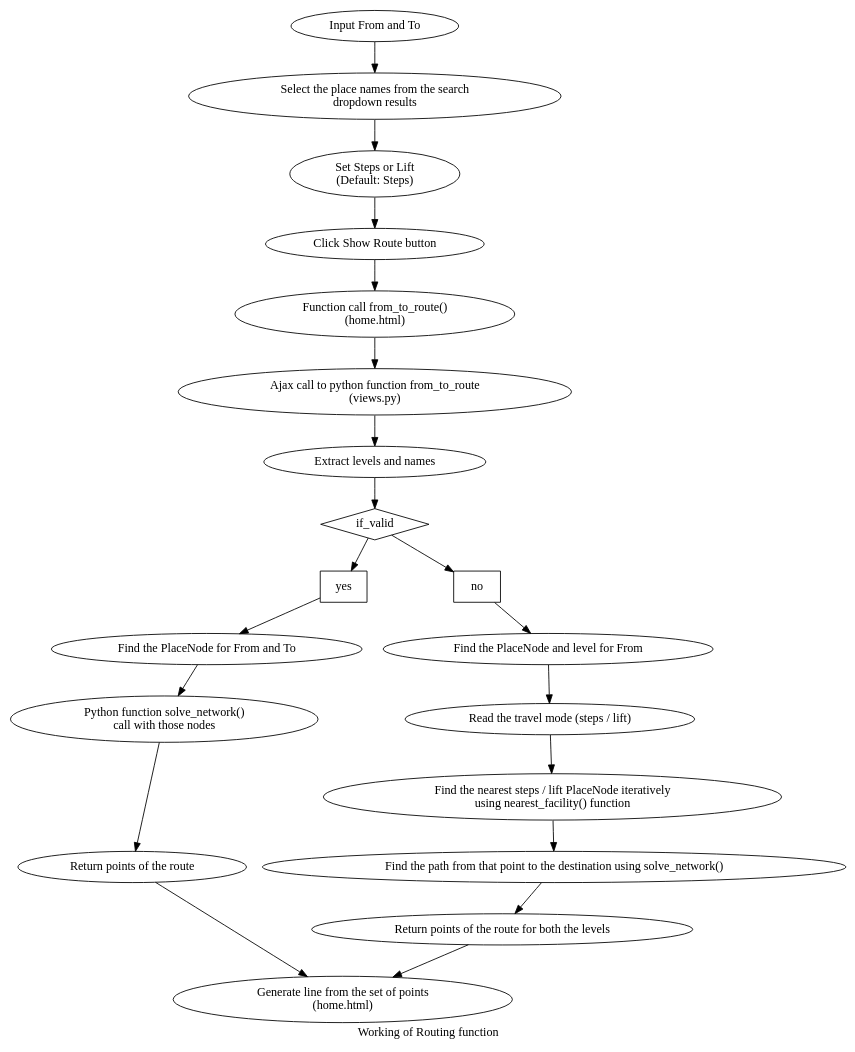
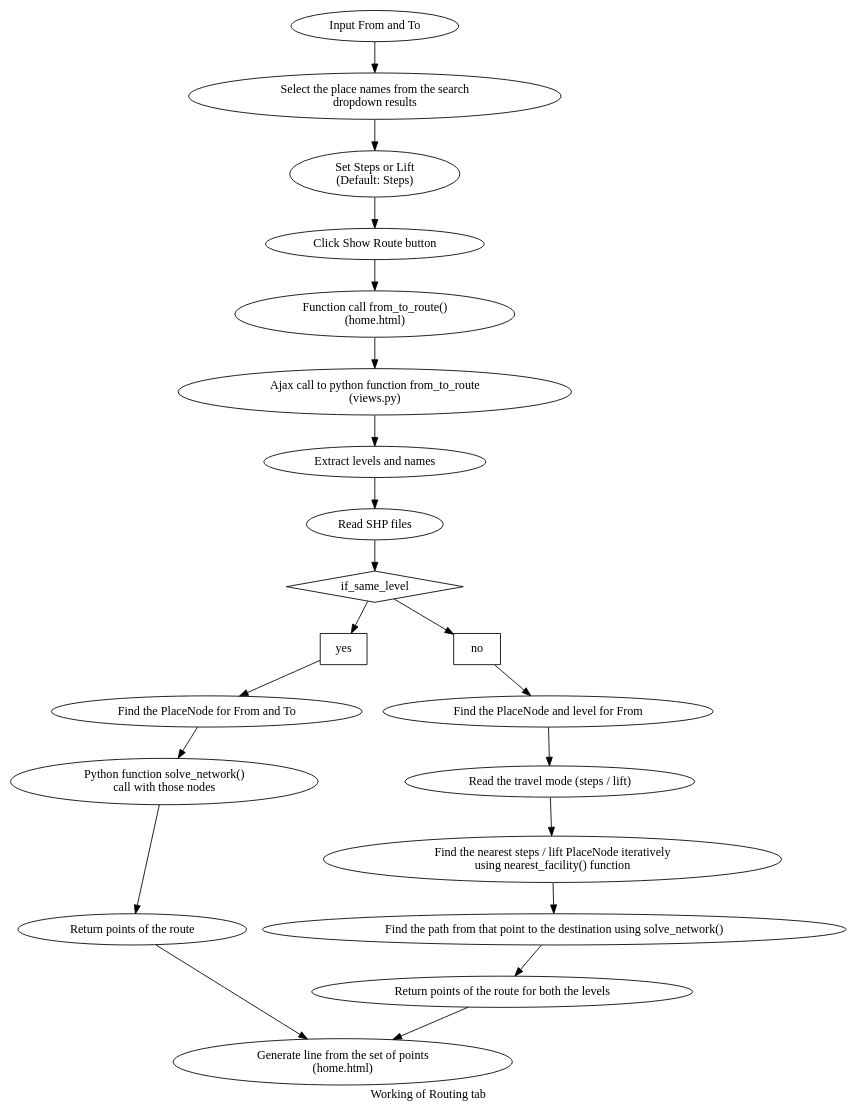
One commit to VaasuDevanS/indoorGIS changed the diagram in docs/source/6.Routing.rst. Above: the diagram before and after it, drawn with Graphviz. The commit also changed other lines of this file and 121 other files, not shown here.

```diff
--- a/docs/source/6.Routing.rst
+++ b/docs/source/6.Routing.rst
@@ -4,34 +4,35 @@
 .. graphviz::
 
    digraph {
     
-      label="Working of Routing function";
-      if_valid[shape="diamond", style=""];
+      label="Working of Routing tab";
+      if_same_level[shape="diamond", style=""];
       yes[shape="box", label="yes"];
       no[shape="box", label="no"]
 
         
       "Input From and To" ->
       "Select the place names from the search \ndropdown results" ->
       "Set Steps or Lift \n(Default: Steps)" ->
       "Click Show Route button" ->
       "Function call from_to_route() \n(home.html)" ->
       "Ajax call to python function from_to_route \n(views.py)" ->
       "Extract levels and names" ->
-      if_valid -> yes;
-      if_valid -> no;
+      "Read SHP files" ->
+      if_same_level -> yes;
+      if_same_level -> no;
       
       yes -> "Find the PlaceNode for From and To" ->
              "Python function solve_network() \ncall with those nodes" ->
              "Return points of the route" ->
              "Generate line from the set of points \n(home.html)"
       ;
       
       no -> "Find the PlaceNode and level for From" ->
             "Read the travel mode (steps / lift)" ->
             "Find the nearest steps / lift PlaceNode iteratively \nusing nearest_facility() function" ->
             "Find the path from that point to the destination using solve_network()" ->
             "Return points of the route for both the levels" ->
             "Generate line from the set of points \n(home.html)"
       ;
     }
```
